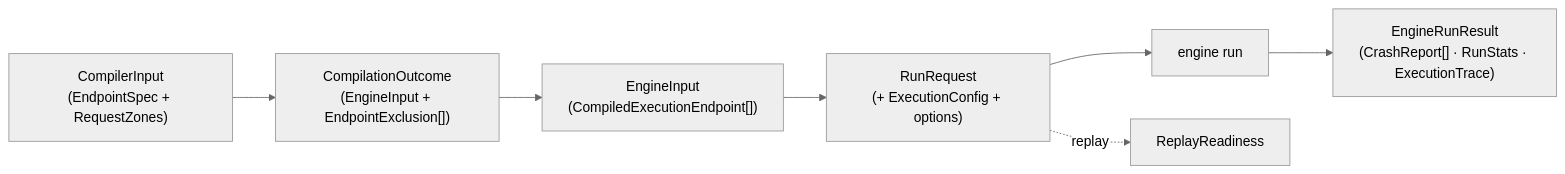
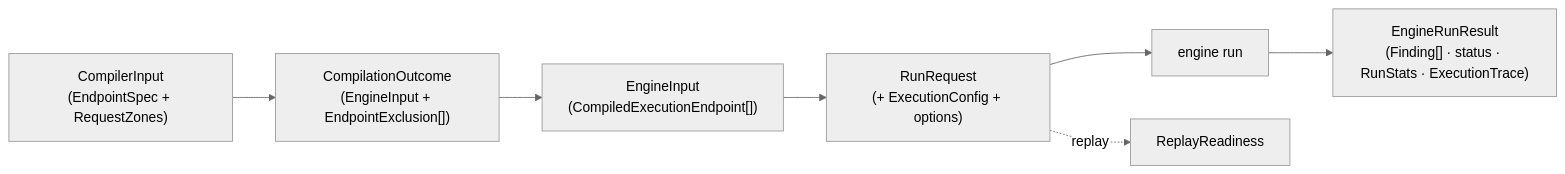
Before and after one commit to Spec-Forge-Testing/specforge-docs: the diagram in docs/modules/custom-schemathesis/data-flow.md, drawn with Mermaid (neutral theme). The commit also changed other lines of this file and 8 other files, not shown here.

Commit message:
docs(schemathesis): finding lifecycle, run status and replay readiness

````diff
--- a/docs/modules/custom-schemathesis/data-flow.md
+++ b/docs/modules/custom-schemathesis/data-flow.md
@@ -67,9 +68,9 @@
 ```mermaid
 graph LR
     ci["CompilerInput<br/>(EndpointSpec + RequestZones)"] --> co["CompilationOutcome<br/>(EngineInput + EndpointExclusion[])"]
     co --> ei["EngineInput<br/>(CompiledExecutionEndpoint[])"]
     ei --> rr["RunRequest<br/>(+ ExecutionConfig + options)"]
     rr --> eng["engine run"]
-    eng --> res["EngineRunResult<br/>(CrashReport[] · RunStats · ExecutionTrace)"]
+    eng --> res["EngineRunResult<br/>(Finding[] · status · RunStats · ExecutionTrace)"]
     rr -.->|replay| rk["ReplayReadiness"]
 ```
````
